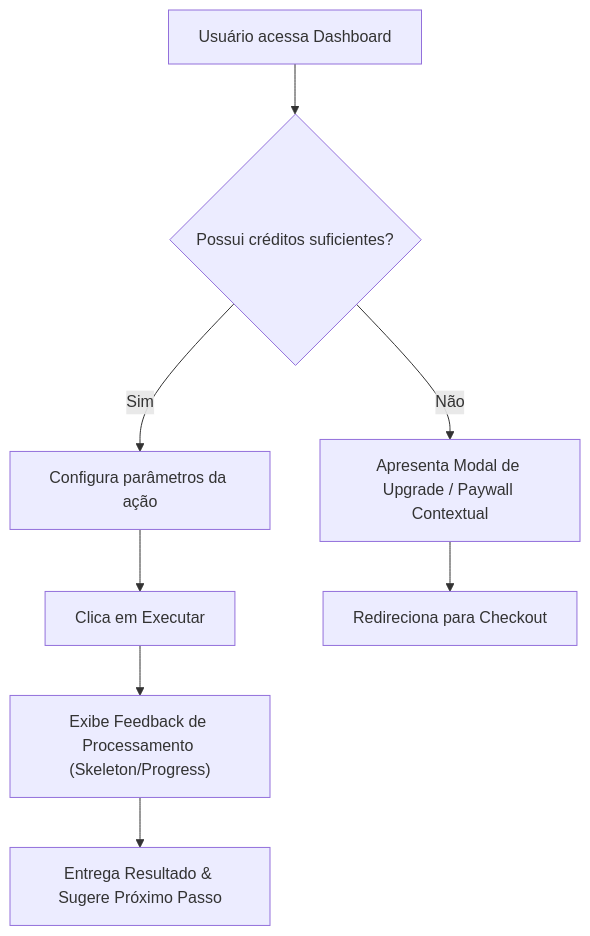
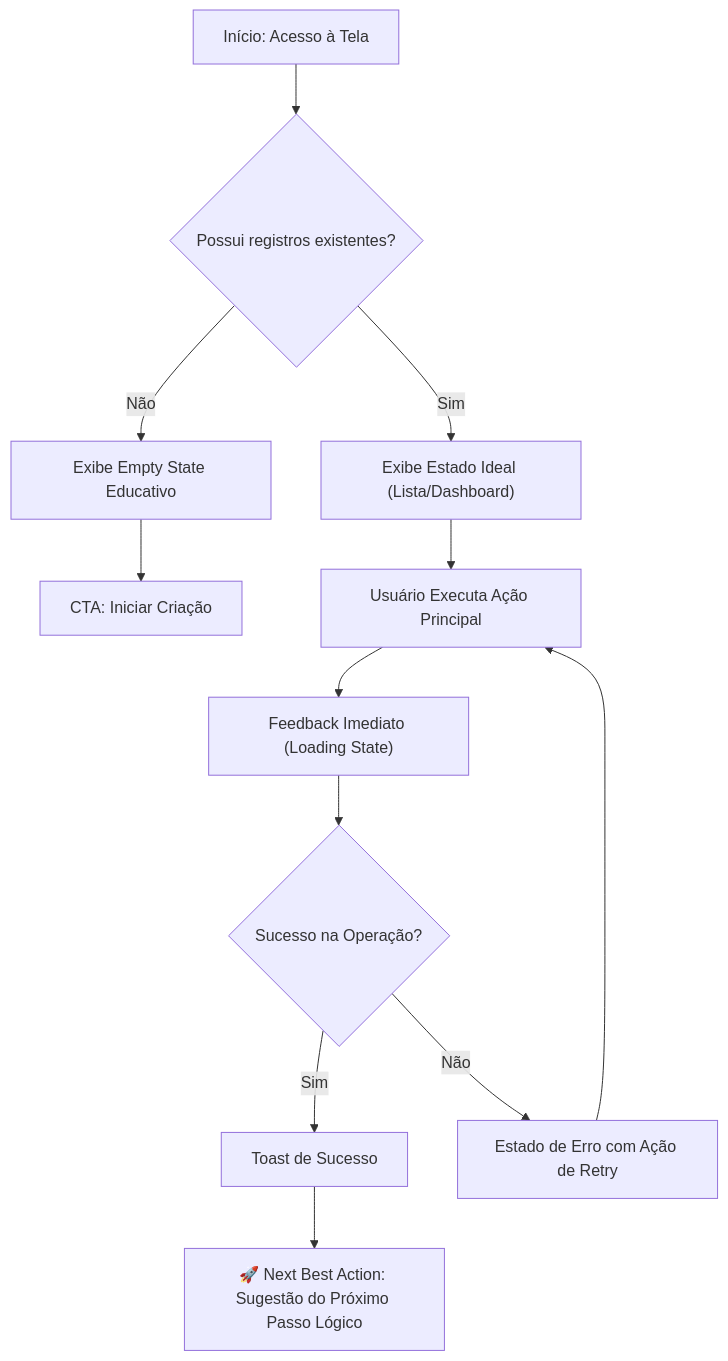
The diagram in crica-po/references/user_story_template.md (rafaeljaragua/Crica-Team), drawn with Mermaid before and after one commit. The commit also changed other lines of this file and 10 other files, not shown here.

````diff
--- a/crica-po/references/user_story_template.md
+++ b/crica-po/references/user_story_template.md
@@ -53,10 +77,14 @@
 ```mermaid
 graph TD
-    A["Usuário acessa Dashboard"] --> B{"Possui créditos suficientes?"}
-    B -- Sim --> C["Configura parâmetros da ação"]
-    C --> D["Clica em Executar"]
-    D --> E["Exibe Feedback de Processamento (Skeleton/Progress)"]
-    E --> F["Entrega Resultado & Sugere Próximo Passo"]
-    B -- Não --> G["Apresenta Modal de Upgrade / Paywall Contextual"]
-    G --> H["Redireciona para Checkout"]
+    A["Início: Acesso à Tela"] --> B{"Possui registros existentes?"}
+    B -- Não --> C["Exibe Empty State Educativo"]
+    C --> D["CTA: Iniciar Criação"]
+    B -- Sim --> E["Exibe Estado Ideal (Lista/Dashboard)"]
+    E --> F["Usuário Executa Ação Principal"]
+    F --> G["Feedback Imediato (Loading State)"]
+    G --> H{"Sucesso na Operação?"}
+    H -- Sim --> I["Toast de Sucesso"]
+    I --> J["🚀 Next Best Action: Sugestão do Próximo Passo Lógico"]
+    H -- Não --> K["Estado de Erro com Ação de Retry"]
+    K --> F
 ```
````
